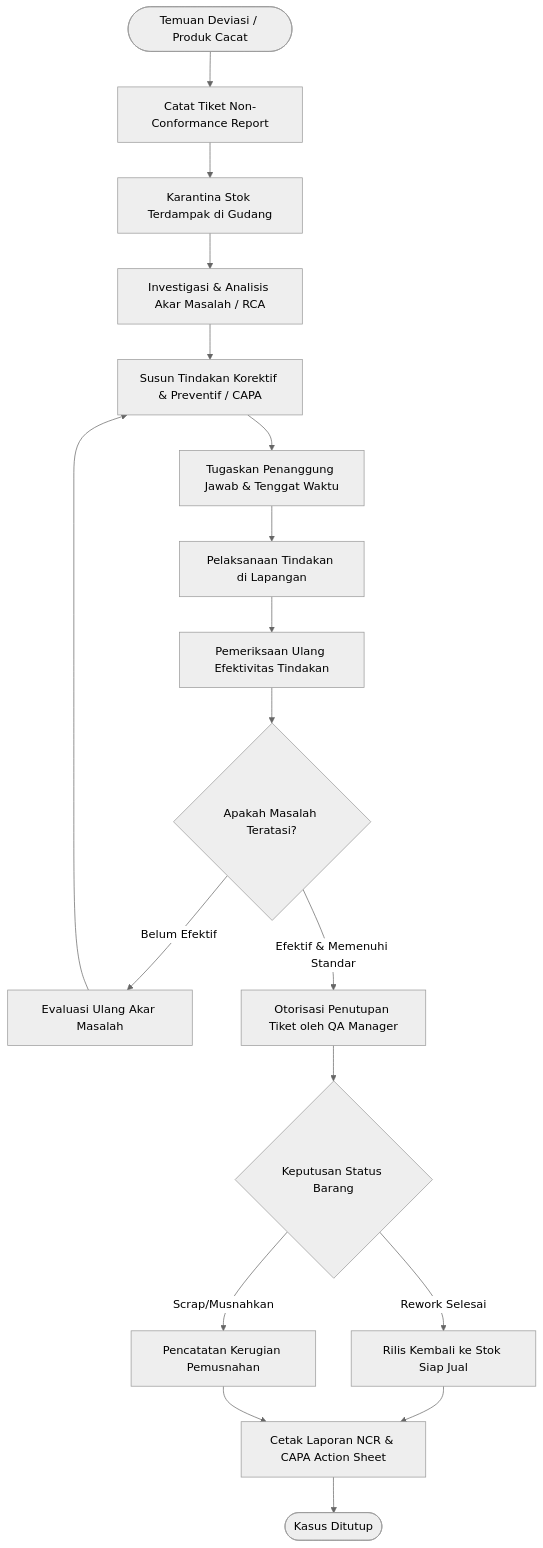
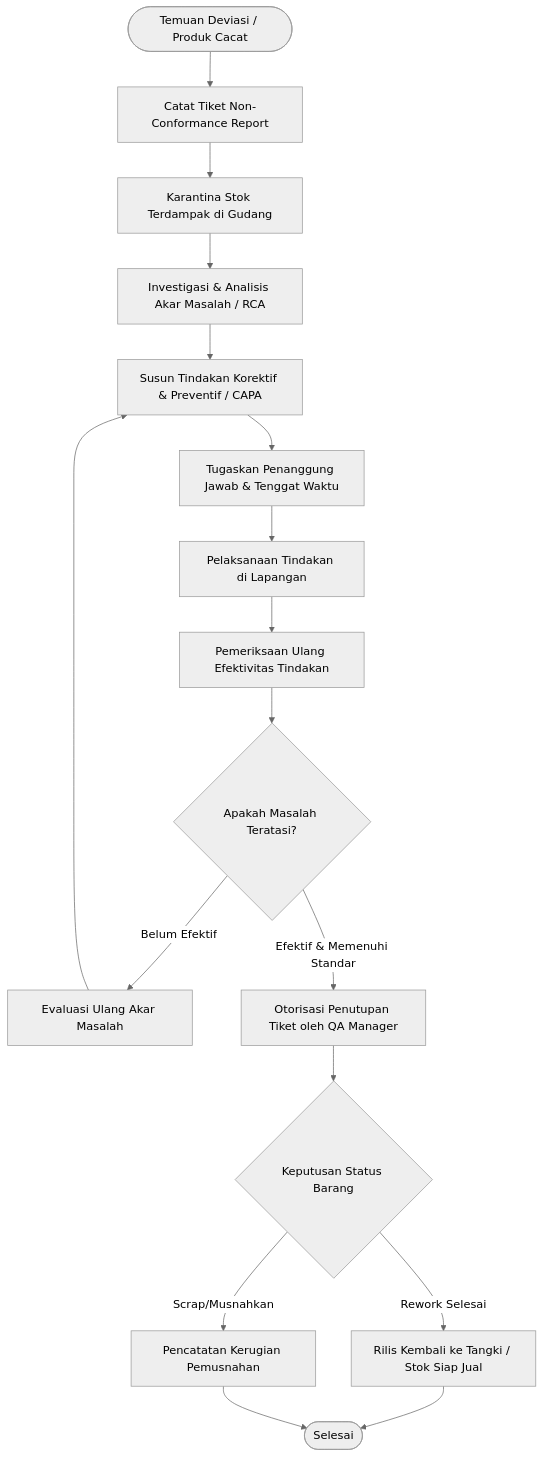
The second of 4 diagrams in sdd/07_quality_sdd.md (Vall-Here/mnf-erp-nextjs-golang), drawn with Mermaid (neutral theme) before and after one commit. The commit also changed other lines of this file and 10 other files, not shown here.

````diff
--- a/sdd/07_quality_sdd.md
+++ b/sdd/07_quality_sdd.md
@@ -49,26 +49,25 @@
 ```mermaid
 flowchart TD
     Start([Temuan Deviasi / Produk Cacat]) --> LogNCR[Catat Tiket Non-Conformance Report]
     LogNCR --> QuarantineStock[Karantina Stok Terdampak di Gudang]
     QuarantineStock --> Investigate[Investigasi & Analisis Akar Masalah / RCA]
     
     Investigate --> FormulateCAPA[Susun Tindakan Korektif & Preventif / CAPA]
     FormulateCAPA --> AssignOwner[Tugaskan Penanggung Jawab & Tenggat Waktu]
     
     AssignOwner --> ExecuteAction[Pelaksanaan Tindakan di Lapangan]
     ExecuteAction --> InspectResult[Pemeriksaan Ulang Efektivitas Tindakan]
     
     InspectResult --> IsEffective{Apakah Masalah Teratasi?}
     IsEffective -- Belum Efektif --> ReEvaluate[Evaluasi Ulang Akar Masalah]
     ReEvaluate --> FormulateCAPA
     
     IsEffective -- Efektif & Memenuhi Standar --> ApproveClose[Otorisasi Penutupan Tiket oleh QA Manager]
     ApproveClose --> ReleaseStock{Keputusan Status Barang}
     
-    ReleaseStock -- Rework Selesai --> ReleaseFG[Rilis Kembali ke Stok Siap Jual]
+    ReleaseStock -- Rework Selesai --> ReleaseFG[Rilis Kembali ke Tangki / Stok Siap Jual]
     ReleaseStock -- Scrap/Musnahkan --> WriteOff[Pencatatan Kerugian Pemusnahan]
     
-    ReleaseFG --> GenCert[Cetak Laporan NCR & CAPA Action Sheet]
-    WriteOff --> GenCert
-    GenCert --> EndDone([Kasus Ditutup])
+    ReleaseFG --> EndDone([Selesai])
+    WriteOff --> EndDone
 ```
````
